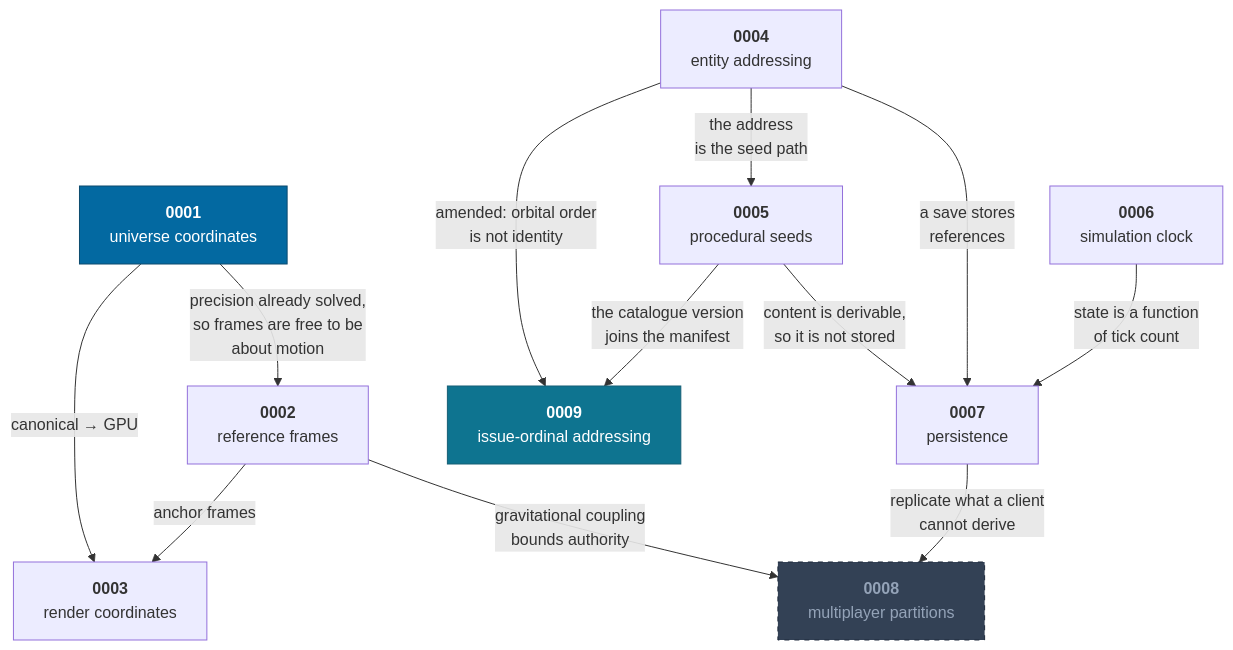
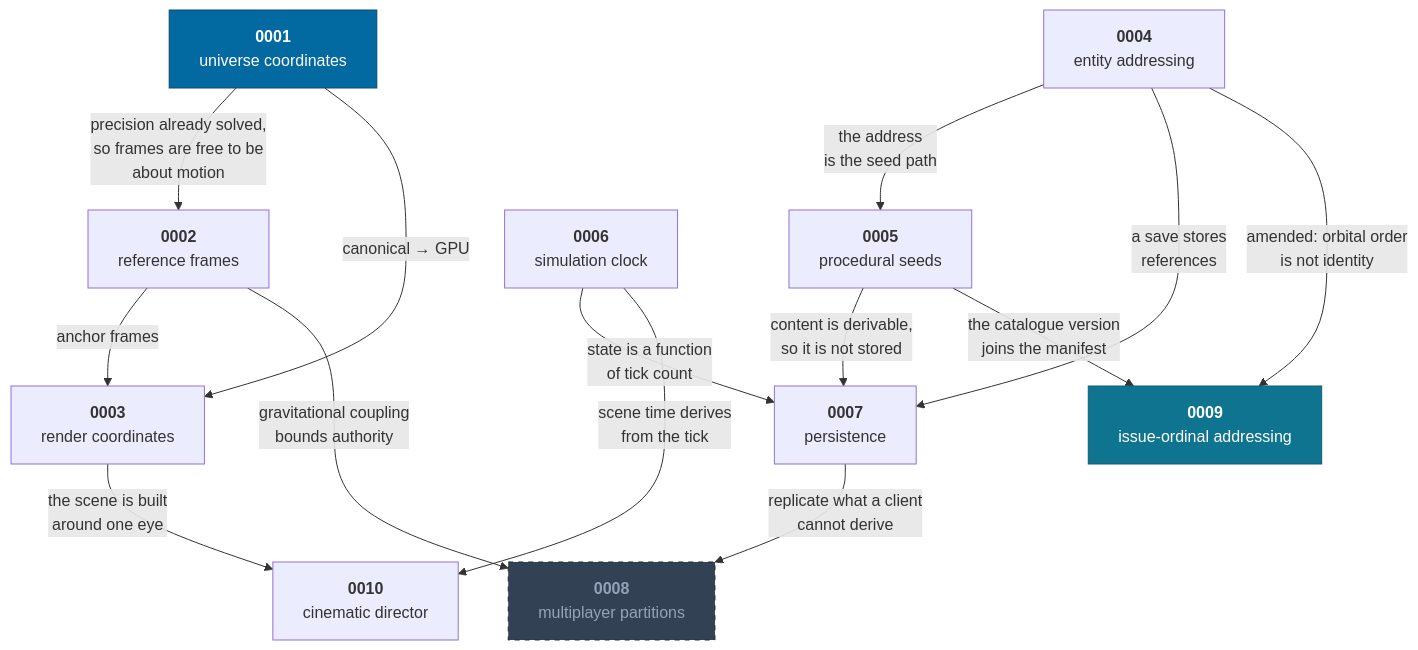
One commit to jonjaques/inertialref changed the diagram in docs/adr/README.md. Above: the diagram before and after it, drawn with Mermaid. The commit also changed other lines of this file and 27 other files, not shown here.

````diff
--- a/docs/adr/README.md
+++ b/docs/adr/README.md
@@ -27,28 +28,31 @@
 ```mermaid
 flowchart TB
     A1["<b>0001</b><br/>universe coordinates"]
     A2["<b>0002</b><br/>reference frames"]
     A3["<b>0003</b><br/>render coordinates"]
     A4["<b>0004</b><br/>entity addressing"]
     A5["<b>0005</b><br/>procedural seeds"]
     A6["<b>0006</b><br/>simulation clock"]
     A7["<b>0007</b><br/>persistence"]
     A8["<b>0008</b><br/>multiplayer partitions"]
     A9["<b>0009</b><br/>issue-ordinal addressing"]
+    A10["<b>0010</b><br/>cinematic director"]
 
     A1 -->|"precision already solved,<br/>so frames are free to be<br/>about motion"| A2
     A1 -->|"canonical → GPU"| A3
     A2 -->|"anchor frames"| A3
     A4 -->|"the address<br/>is the seed path"| A5
     A5 -->|"content is derivable,<br/>so it is not stored"| A7
     A4 -->|"a save stores<br/>references"| A7
     A6 -->|"state is a function<br/>of tick count"| A7
     A2 -->|"gravitational coupling<br/>bounds authority"| A8
     A7 -->|"replicate what a client<br/>cannot derive"| A8
     A4 -->|"amended: orbital order<br/>is not identity"| A9
     A5 -->|"the catalogue version<br/>joins the manifest"| A9
+    A3 -->|"the scene is built<br/>around one eye"| A10
+    A6 -->|"scene time derives<br/>from the tick"| A10
 
     style A1 fill:#0369a1,stroke:#0c4a6e,color:#fff
     style A8 fill:#334155,stroke:#1e293b,color:#94a3b8,stroke-dasharray: 5 5
     style A9 fill:#0e7490,stroke:#155e75,color:#fff
 ```
````
